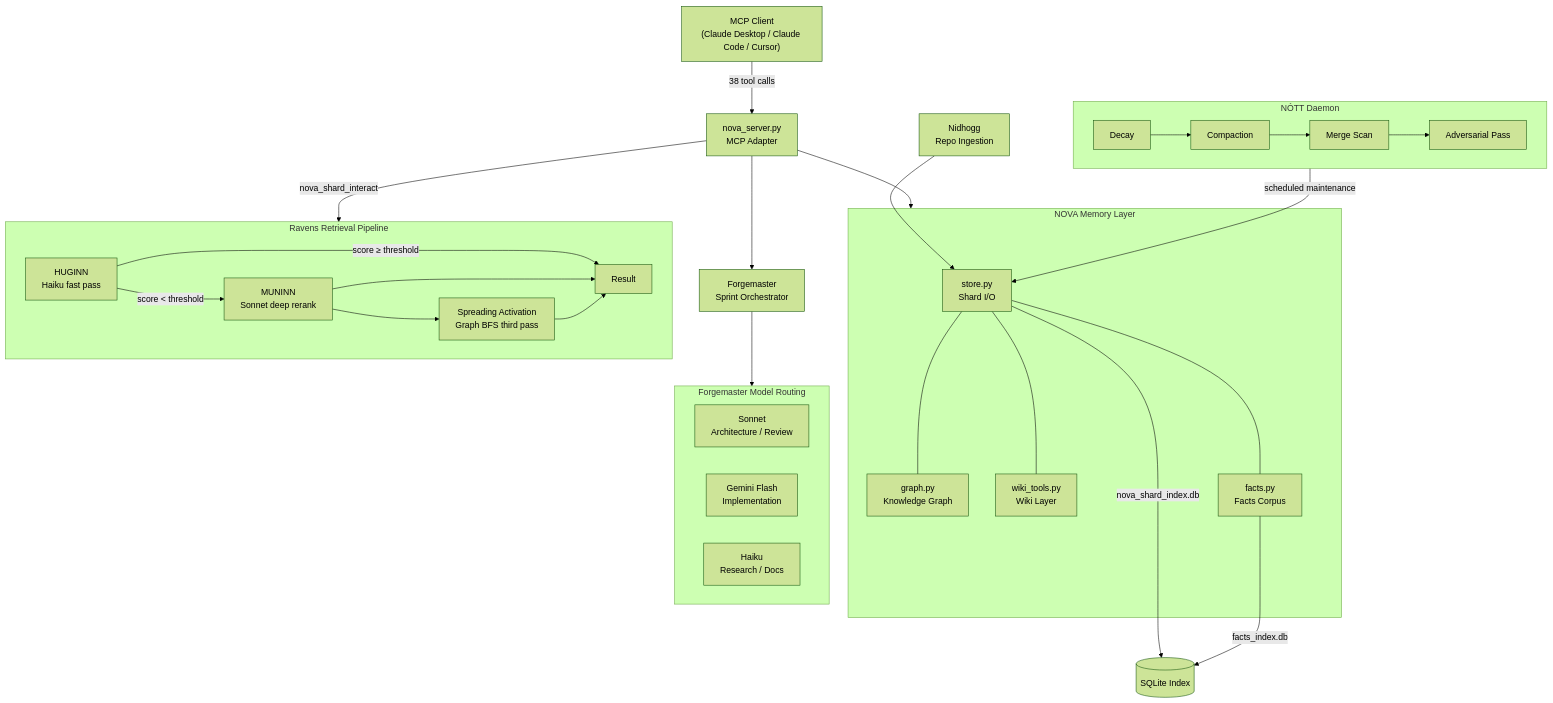
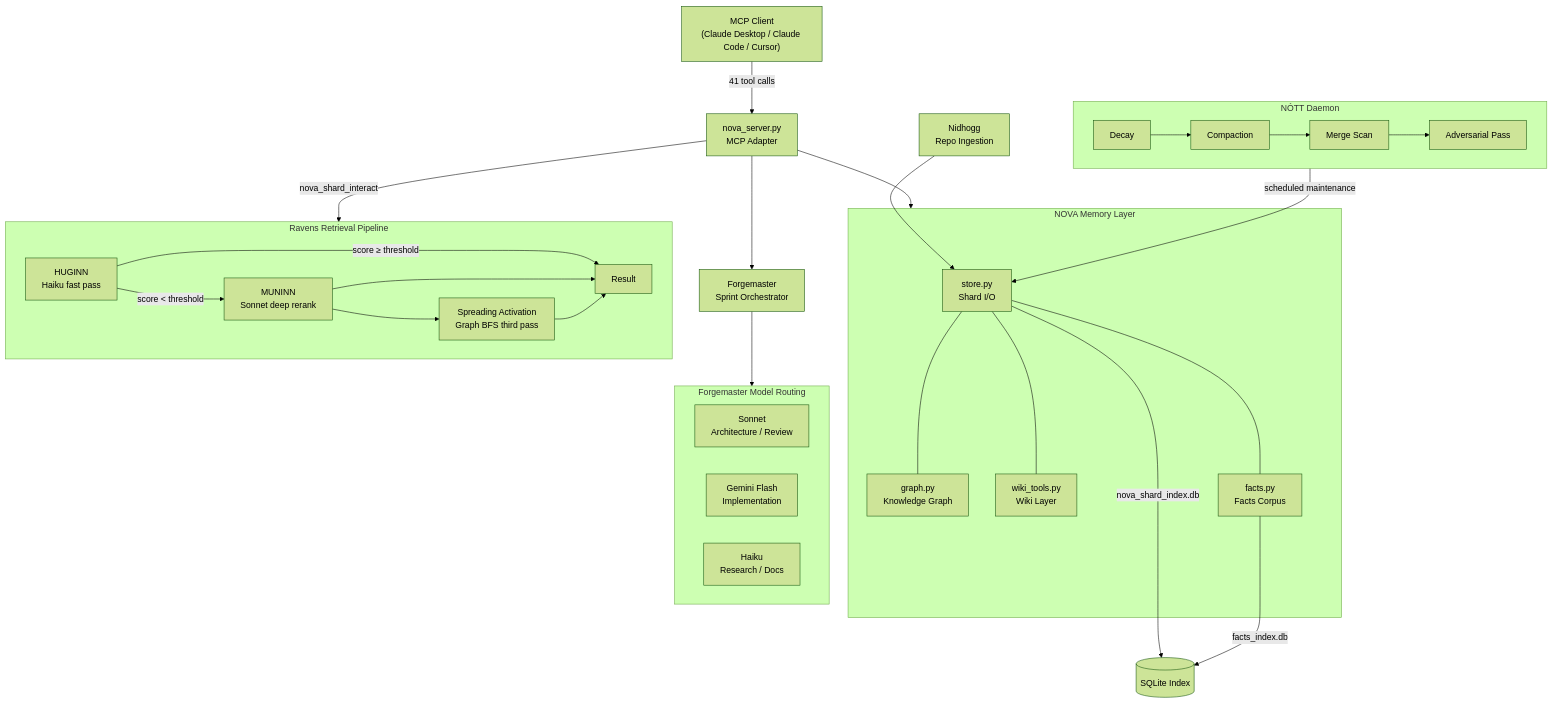
One commit to Vintersong/NOVA-Cognition-Framework changed the diagram in README.md. Above: the diagram before and after it, drawn with Mermaid (forest theme). The commit also changed other lines of this file and 5 other files, not shown here.

````diff
--- a/README.md
+++ b/README.md
@@ -92,42 +92,42 @@
 ```mermaid
 graph TD
-    A["MCP Client\n(Claude Desktop / Claude Code / Cursor)"] -->|"38 tool calls"| B["nova_server.py\nMCP Adapter"]
+    A["MCP Client\n(Claude Desktop / Claude Code / Cursor)"] -->|"41 tool calls"| B["nova_server.py\nMCP Adapter"]
 
     B --> C
     B -->|"nova_shard_interact"| R
     B --> D
 
     subgraph C["NOVA Memory Layer"]
         C1["store.py\nShard I/O"] --- C2["graph.py\nKnowledge Graph"]
         C1 --- C3["wiki_tools.py\nWiki Layer"]
         C1 --- C4["facts.py\nFacts Corpus"]
     end
 
     C1 -->|"nova_shard_index.db"| E[("SQLite Index")]
     C4 -->|"facts_index.db"| E
 
     subgraph R["Ravens Retrieval Pipeline"]
         R1["HUGINN\nHaiku fast pass"] -->|"score ≥ threshold"| R3["Result"]
         R1 -->|"score < threshold"| R2["MUNINN\nSonnet deep rerank"]
         R2 --> R3
         R2 --> R4["Spreading Activation\nGraph BFS third pass"]
         R4 --> R3
     end
 
     subgraph N["NÓTT Daemon"]
         N1["Decay"] --> N2["Compaction"]
         N2 --> N3["Merge Scan"]
         N3 --> N4["Adversarial Pass"]
     end
 
     N -->|"scheduled maintenance"| C1
     ND["Nidhogg\nRepo Ingestion"] --> C1
 
     subgraph FM["Forgemaster Model Routing"]
         FM1["Sonnet\nArchitecture / Review"]
         FM2["Gemini Flash\nImplementation"]
         FM3["Haiku\nResearch / Docs"]
     end
 
     D["Forgemaster\nSprint Orchestrator"] --> FM
 ```
````
